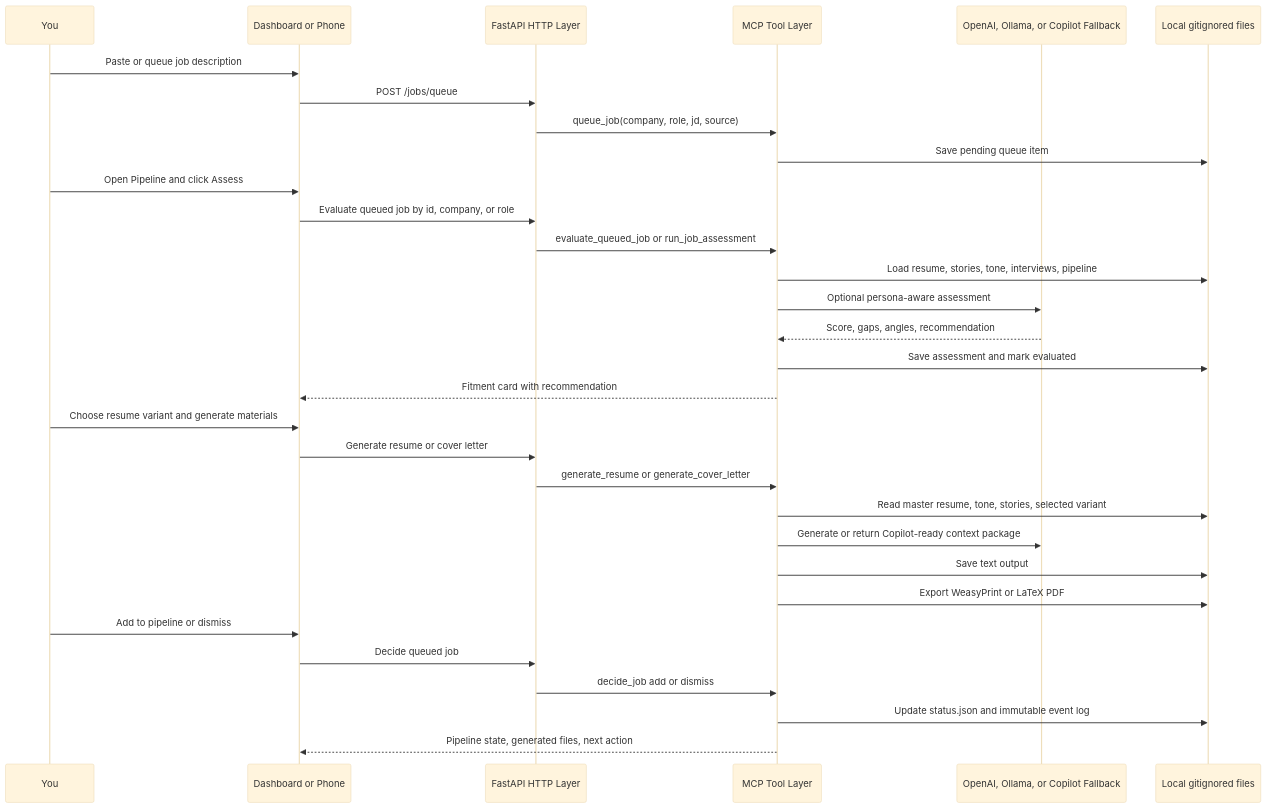
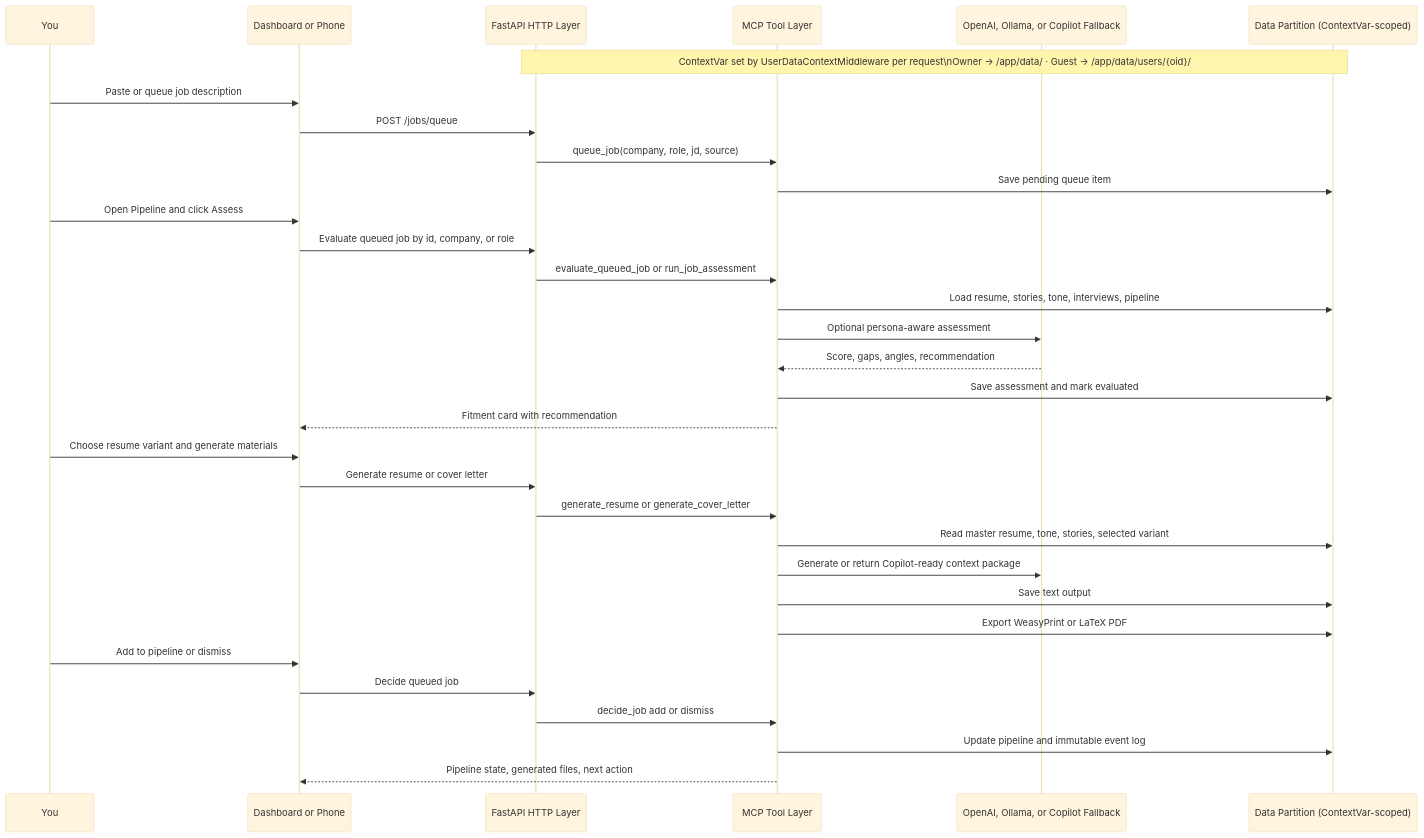
One commit to JustLikeFrank3/jobContextMCP changed the third of 3 diagrams in README.md. Above: the diagram before and after it, drawn with Mermaid (base theme). The commit also changed other lines of this file and 2 other files, not shown here.

````diff
--- a/README.md
+++ b/README.md
@@ -159,37 +185,39 @@
 ```mermaid
 sequenceDiagram
     participant You
     participant UI as Dashboard or Phone
     participant API as FastAPI HTTP Layer
     participant Tools as MCP Tool Layer
     participant LLM as OpenAI, Ollama, or Copilot Fallback
-    participant Files as Local gitignored files
+    participant Store as Data Partition (ContextVar-scoped)
+
+    note over API,Store: ContextVar set by UserDataContextMiddleware per request\nOwner → /app/data/  ·  Guest → /app/data/users/{oid}/
 
     You->>UI: Paste or queue job description
     UI->>API: POST /jobs/queue
     API->>Tools: queue_job(company, role, jd, source)
-    Tools->>Files: Save pending queue item
+    Tools->>Store: Save pending queue item
 
     You->>UI: Open Pipeline and click Assess
     UI->>API: Evaluate queued job by id, company, or role
     API->>Tools: evaluate_queued_job or run_job_assessment
-    Tools->>Files: Load resume, stories, tone, interviews, pipeline
+    Tools->>Store: Load resume, stories, tone, interviews, pipeline
     Tools->>LLM: Optional persona-aware assessment
     LLM-->>Tools: Score, gaps, angles, recommendation
-    Tools->>Files: Save assessment and mark evaluated
+    Tools->>Store: Save assessment and mark evaluated
     Tools-->>UI: Fitment card with recommendation
 
     You->>UI: Choose resume variant and generate materials
     UI->>API: Generate resume or cover letter
     API->>Tools: generate_resume or generate_cover_letter
-    Tools->>Files: Read master resume, tone, stories, selected variant
+    Tools->>Store: Read master resume, tone, stories, selected variant
     Tools->>LLM: Generate or return Copilot-ready context package
-    Tools->>Files: Save text output
-    Tools->>Files: Export WeasyPrint or LaTeX PDF
+    Tools->>Store: Save text output
+    Tools->>Store: Export WeasyPrint or LaTeX PDF
 
     You->>UI: Add to pipeline or dismiss
     UI->>API: Decide queued job
     API->>Tools: decide_job add or dismiss
-    Tools->>Files: Update status.json and immutable event log
+    Tools->>Store: Update pipeline and immutable event log
     Tools-->>UI: Pipeline state, generated files, next action
 ```
````
